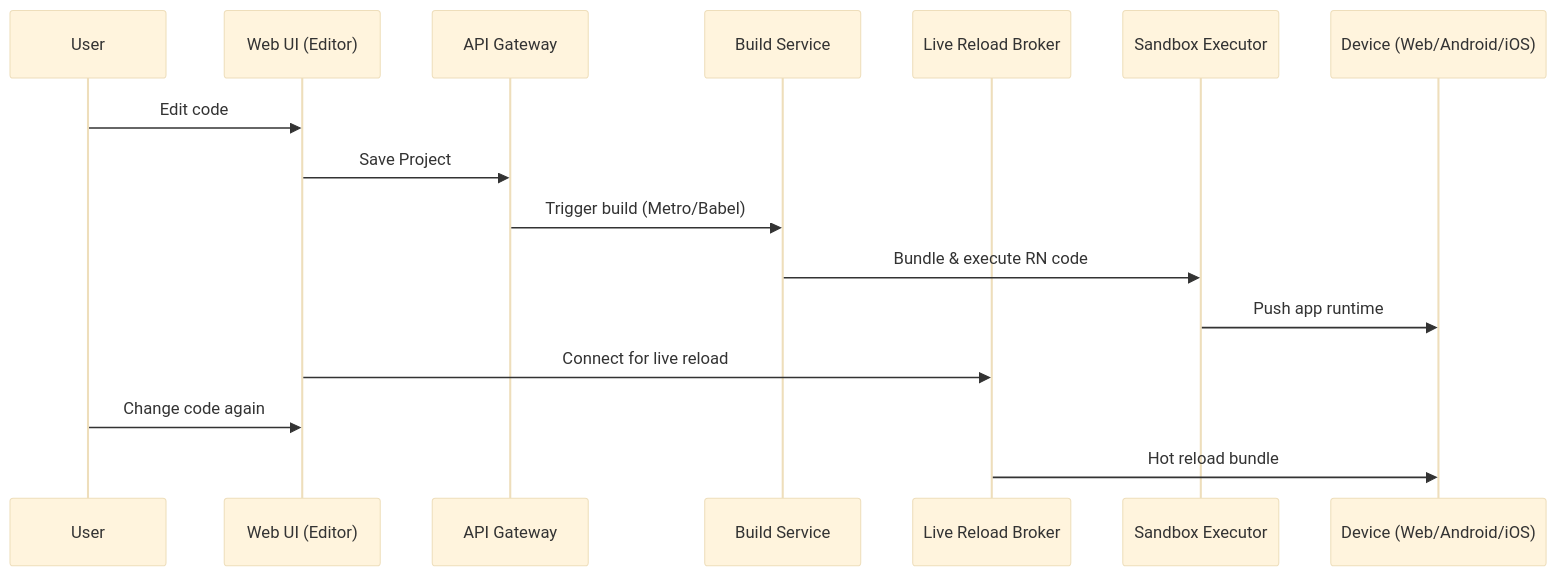
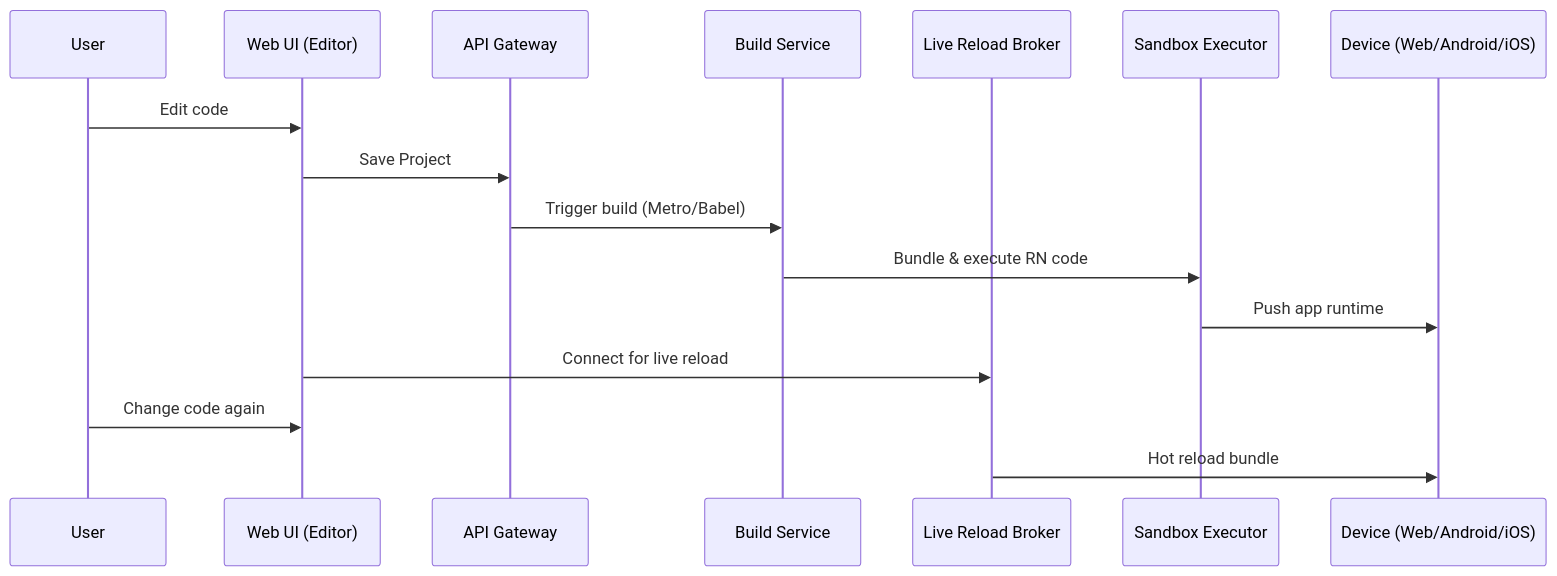
Before and after one commit to Mario5T/Native_Playgroung: the second of 2 diagrams in readme.markdown, drawn with Mermaid. The commit also changed other lines of this file, not shown here.

````diff
--- a/readme.markdown
+++ b/readme.markdown
@@ -47,19 +25,19 @@
 ```mermaid
-%%{init: {'theme': 'base'}}%%
 sequenceDiagram
   participant User
   participant WebUI as Web UI (Editor)
   participant API as API Gateway
   participant Build as Build Service
   participant WS as Live Reload Broker
   participant Sandbox as Sandbox Executor
   participant Device as Device (Web/Android/iOS)
+
   User->>WebUI: Edit code
   WebUI->>API: Save Project
   API->>Build: Trigger build (Metro/Babel)
   Build->>Sandbox: Bundle & execute RN code
   Sandbox->>Device: Push app runtime
   WebUI->>WS: Connect for live reload
   User->>WebUI: Change code again
   WS->>Device: Hot reload bundle
 ```
````
